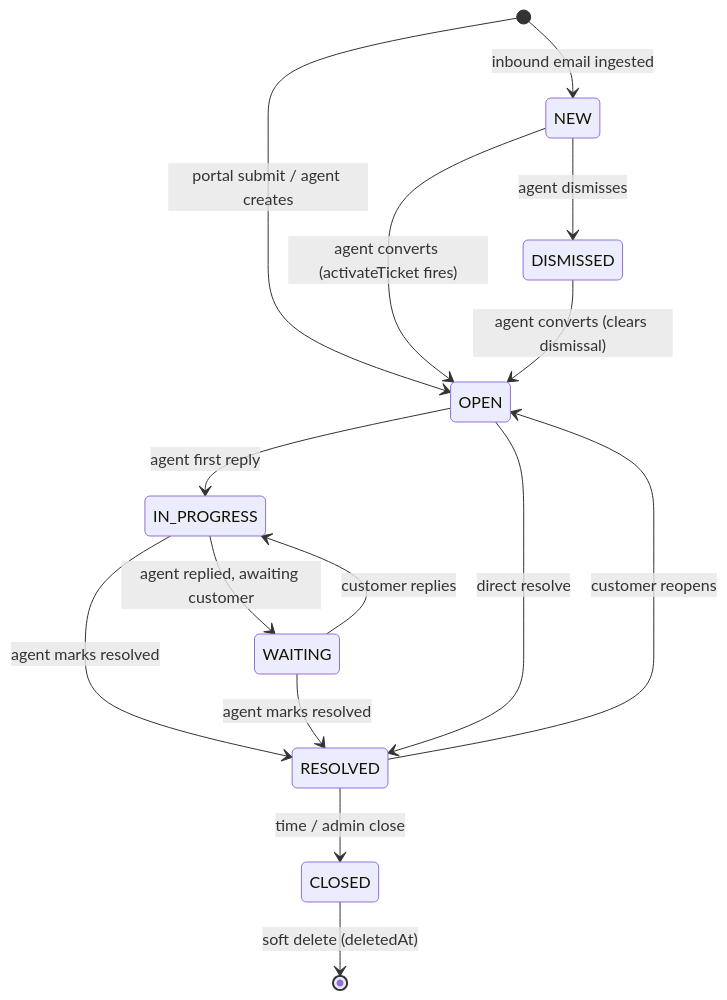
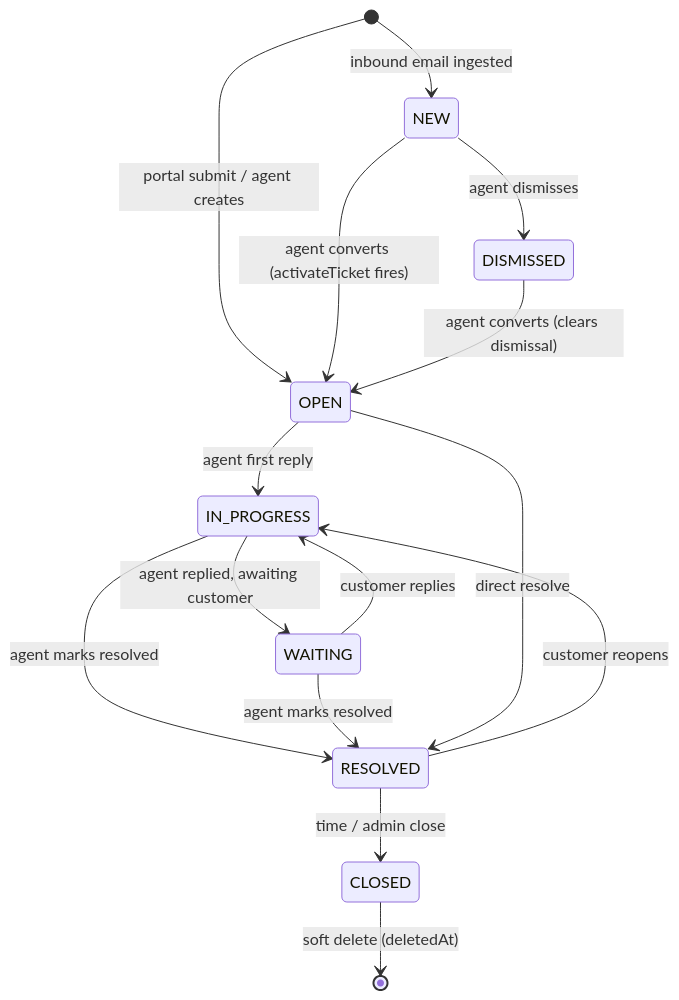
One commit to Vignesh-Siva96/tmr_athena changed the first of 2 diagrams in docs/atlas/tickets.md. Above: the diagram before and after it, drawn with Mermaid. The commit also changed other lines of this file and 210 other files, not shown here.

````diff
--- a/docs/atlas/tickets.md
+++ b/docs/atlas/tickets.md
@@ -26,17 +27,17 @@
 ```mermaid
 stateDiagram-v2
   [*] --> NEW: inbound email ingested
   [*] --> OPEN: portal submit / agent creates
   NEW --> OPEN: agent converts (activateTicket fires)
   NEW --> DISMISSED: agent dismisses
   DISMISSED --> OPEN: agent converts (clears dismissal)
   OPEN --> IN_PROGRESS: agent first reply
   IN_PROGRESS --> WAITING: agent replied, awaiting customer
   WAITING --> IN_PROGRESS: customer replies
   IN_PROGRESS --> RESOLVED: agent marks resolved
   WAITING --> RESOLVED: agent marks resolved
   OPEN --> RESOLVED: direct resolve
-  RESOLVED --> OPEN: customer reopens
+  RESOLVED --> IN_PROGRESS: customer reopens
   RESOLVED --> CLOSED: time / admin close
   CLOSED --> [*]: soft delete (deletedAt)
 ```
````
